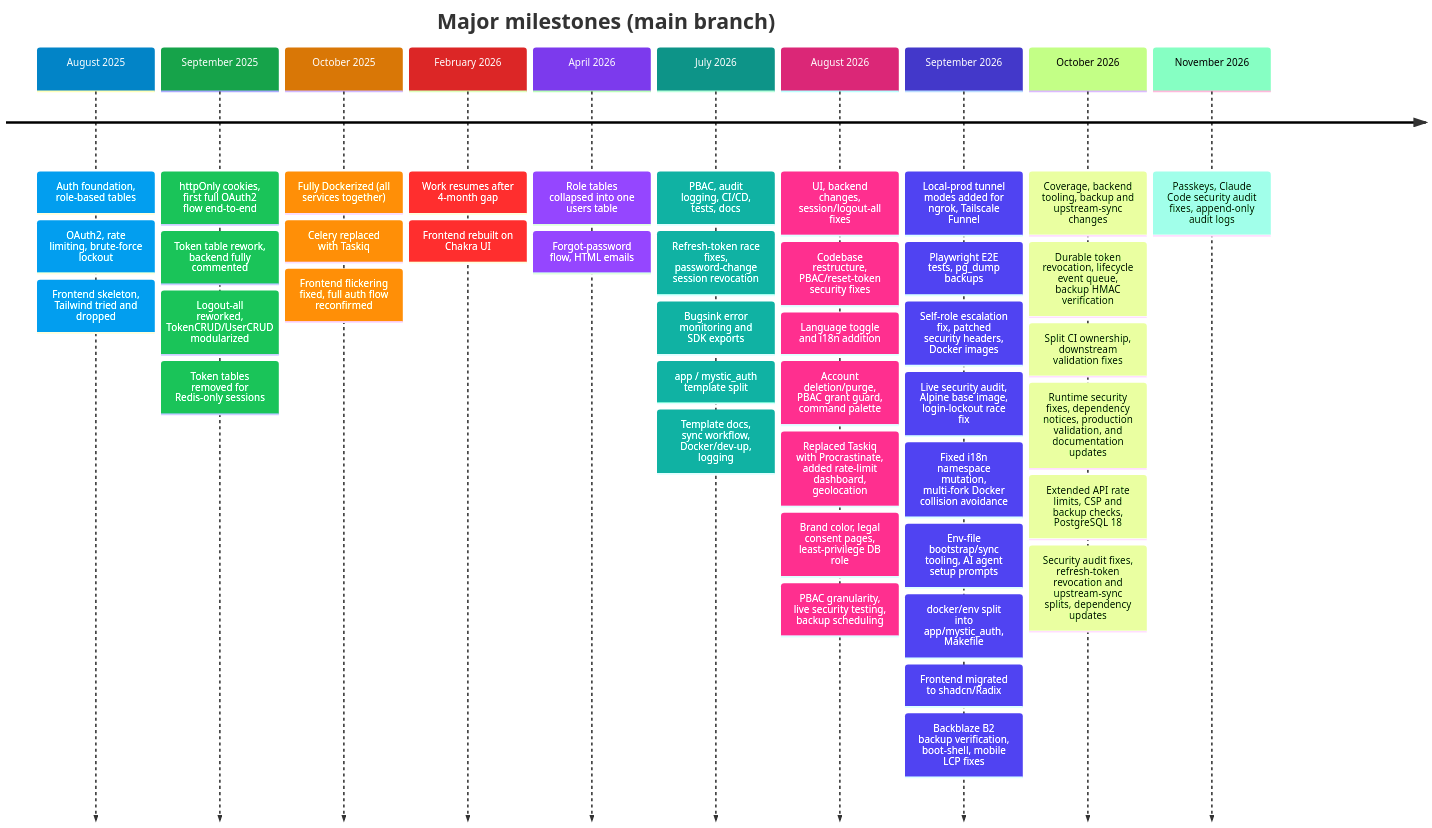
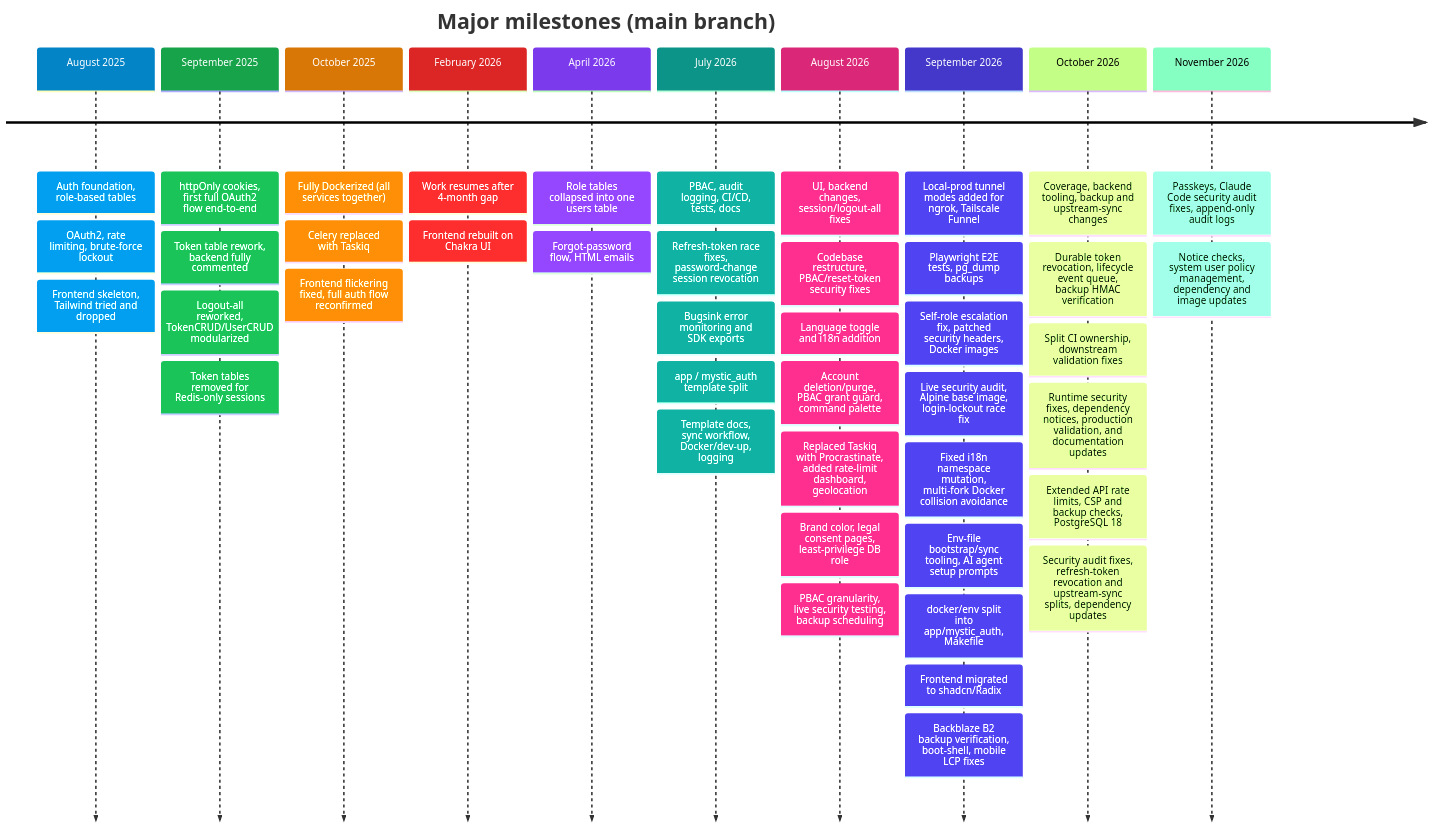
The diagram in docs/mystic_auth/project-story/timeline/README.md (Nachiket-2024/mystic-auth), drawn with Mermaid before and after one commit. The commit also changed other lines of this file and 181 other files, not shown here.

Commit message:
Enabled system-user policy management, updated dependencies and Docker images

````diff
--- a/docs/mystic_auth/project-story/timeline/README.md
+++ b/docs/mystic_auth/project-story/timeline/README.md
@@ -39,47 +39,48 @@
 ```mermaid
 %%{init: {"themeVariables":{"fontSize":"16px","lineColor":"#334155","cScale0":"#0284c7","cScale1":"#16a34a","cScale2":"#d97706","cScale3":"#dc2626","cScale4":"#7c3aed","cScale5":"#0d9488","cScale6":"#db2777","cScale7":"#4338ca","cScaleLabel0":"#ffffff","cScaleLabel1":"#ffffff","cScaleLabel2":"#ffffff","cScaleLabel3":"#ffffff","cScaleLabel4":"#ffffff","cScaleLabel5":"#ffffff","cScaleLabel6":"#ffffff","cScaleLabel7":"#ffffff"}} }%%
 timeline
     title Major milestones (main branch)
     August 2025: Auth foundation, role-based tables
                 : OAuth2, rate limiting, brute-force lockout
                 : Frontend skeleton, Tailwind tried and dropped
     September 2025: httpOnly cookies, first full OAuth2 flow end-to-end
                    : Token table rework, backend fully commented
                    : Logout-all reworked, TokenCRUD/UserCRUD modularized
                    : Token tables removed for Redis-only sessions
     October 2025: Fully Dockerized (all services together)
                  : Celery replaced with Taskiq
                  : Frontend flickering fixed, full auth flow reconfirmed
     February 2026: Work resumes after 4-month gap
                   : Frontend rebuilt on Chakra UI
     April 2026: Role tables collapsed into one users table
                : Forgot-password flow, HTML emails
     July 2026: PBAC, audit logging, CI/CD, tests, docs
               : Refresh-token race fixes, password-change session revocation
               : Bugsink error monitoring and SDK exports
               : app / mystic_auth template split
               : Template docs, sync workflow, Docker/dev-up, logging
     August 2026: UI, backend changes, session/logout-all fixes
                 : Codebase restructure, PBAC/reset-token security fixes
                 : Language toggle and i18n addition
                 : Account deletion/purge, PBAC grant guard, command palette
                 : Replaced Taskiq with Procrastinate, added rate-limit dashboard, geolocation
                 : Brand color, legal consent pages, least-privilege DB role
                 : PBAC granularity, live security testing, backup scheduling
     September 2026: Local-prod tunnel modes added for ngrok, Tailscale Funnel
                    : Playwright E2E tests, pg_dump backups
                    : Self-role escalation fix, patched security headers, Docker images
                    : Live security audit, Alpine base image, login-lockout race fix
                    : Fixed i18n namespace mutation, multi-fork Docker collision avoidance
                    : Env-file bootstrap/sync tooling, AI agent setup prompts
                    : docker/env split into app/mystic_auth, Makefile
                    : Frontend migrated to shadcn/Radix
                    : Backblaze B2 backup verification, boot-shell, mobile LCP fixes
     October 2026: Coverage, backend tooling, backup and upstream-sync changes
                   : Durable token revocation, lifecycle event queue, backup HMAC verification
                   : Split CI ownership, downstream validation fixes
                   : Runtime security fixes, dependency notices, production validation, and documentation updates
                   : Extended API rate limits, CSP and backup checks, PostgreSQL 18
                   : Security audit fixes, refresh-token revocation and upstream-sync splits, dependency updates
     November 2026: Passkeys, Claude Code security audit fixes, append-only audit logs
+                 : Notice checks, system user policy management, dependency and image updates
 ```
````
